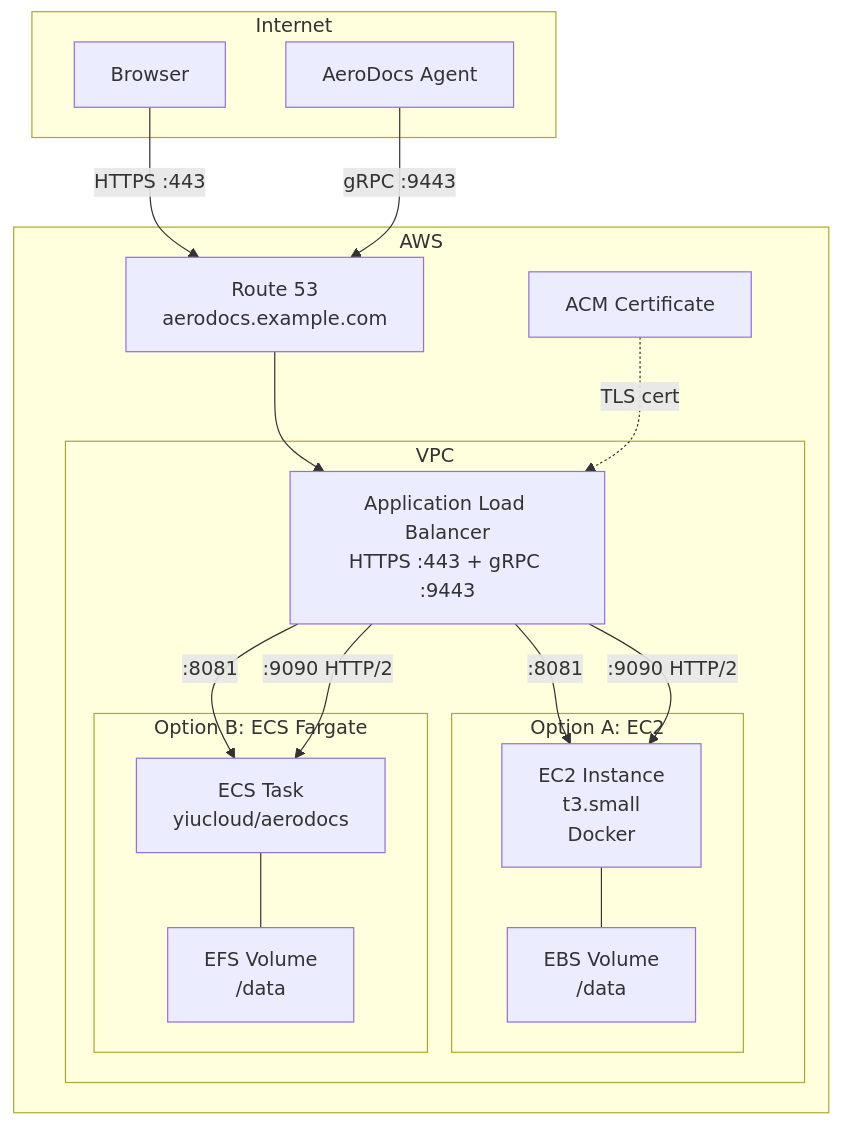
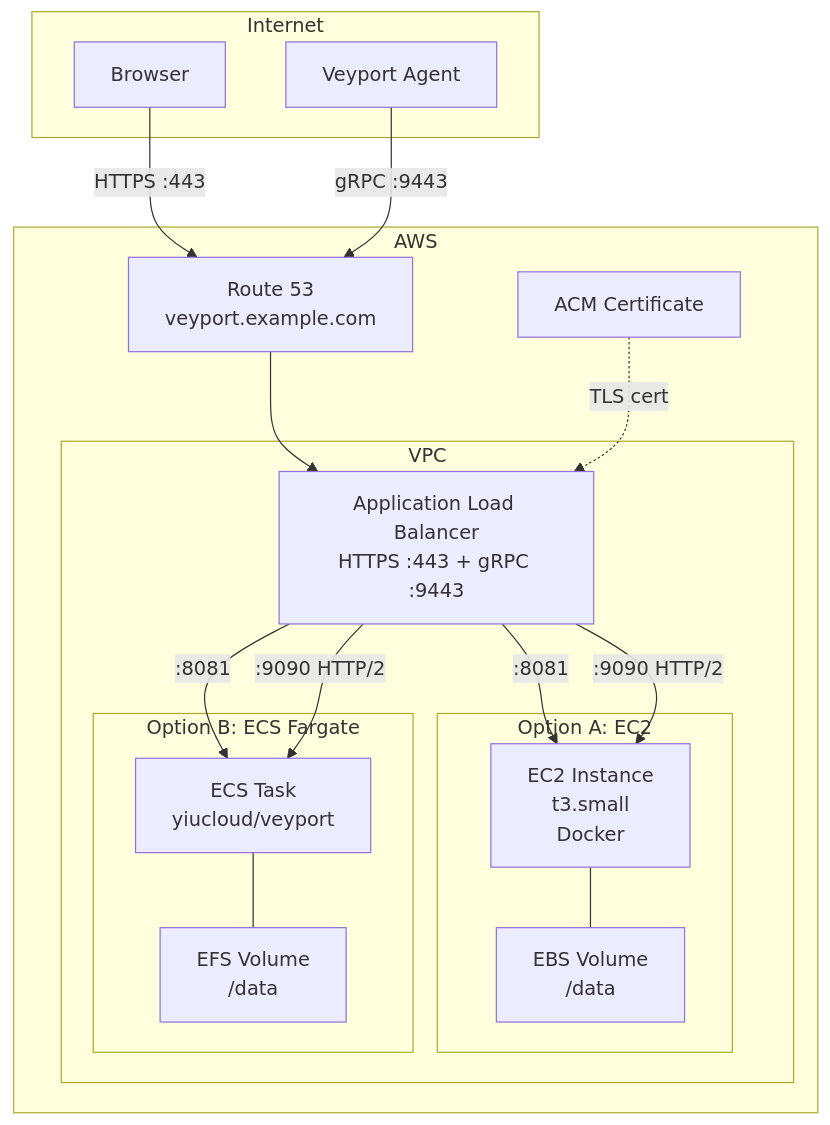
Before and after one commit to lorconksu/aerodocs: the diagram in docs/wiki/Deployment-AWS.md, drawn with Mermaid. The commit also changed other lines of this file and 237 other files, not shown here.

````diff
--- a/docs/wiki/Deployment-AWS.md
+++ b/docs/wiki/Deployment-AWS.md
@@ -16,37 +16,37 @@
 ```mermaid
 flowchart TB
     subgraph Internet
         Browser["Browser"]
-        Agent["AeroDocs Agent"]
+        Agent["Veyport Agent"]
     end
 
     subgraph AWS
-        R53["Route 53<br/>aerodocs.example.com"]
+        R53["Route 53<br/>veyport.example.com"]
         ACM["ACM Certificate"]
 
         subgraph VPC
             ALB["Application Load Balancer<br/>HTTPS :443 + gRPC :9443"]
 
             subgraph OptionA["Option A: EC2"]
                 EC2["EC2 Instance<br/>t3.small<br/>Docker"]
                 EBS["EBS Volume<br/>/data"]
             end
 
             subgraph OptionB["Option B: ECS Fargate"]
-                ECS["ECS Task<br/>yiucloud/aerodocs"]
+                ECS["ECS Task<br/>yiucloud/veyport"]
                 EFS["EFS Volume<br/>/data"]
             end
         end
     end
 
     Browser -->|HTTPS :443| R53
     Agent -->|gRPC :9443| R53
     R53 --> ALB
     ACM -.->|TLS cert| ALB
     ALB -->|:8081| EC2
     ALB -->|:9090 HTTP/2| EC2
     EC2 --- EBS
     ALB -->|:8081| ECS
     ALB -->|:9090 HTTP/2| ECS
     ECS --- EFS
 ```
````
